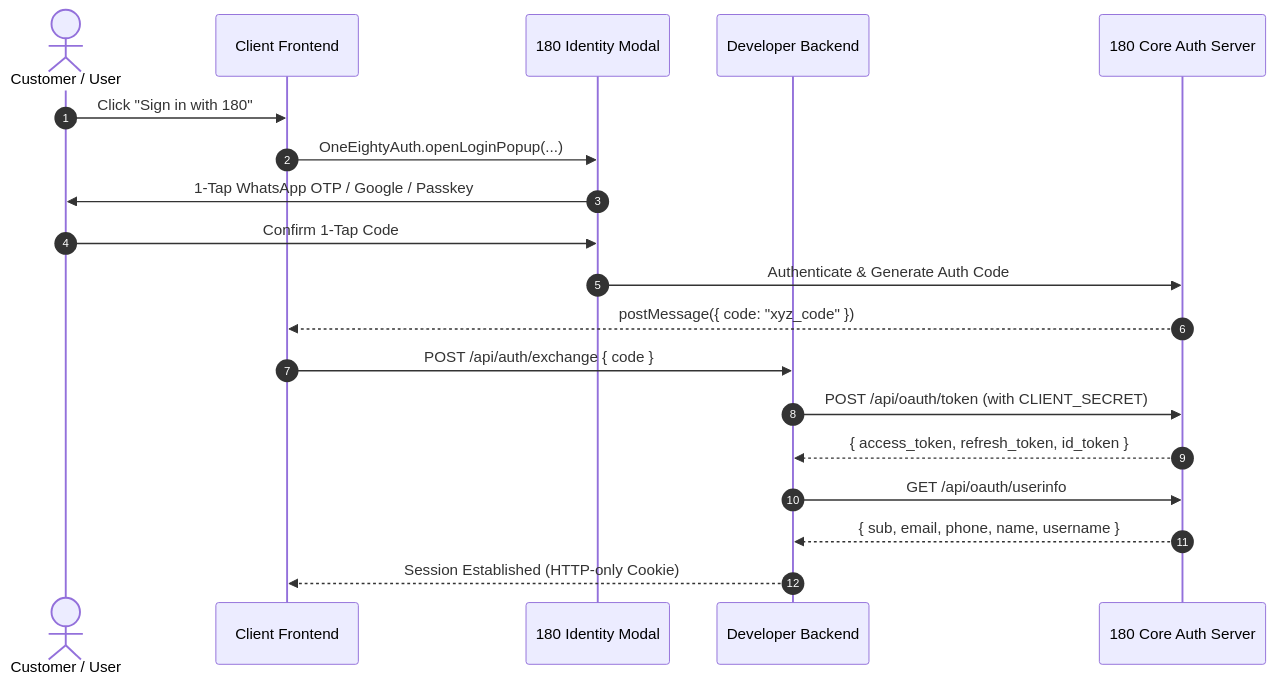
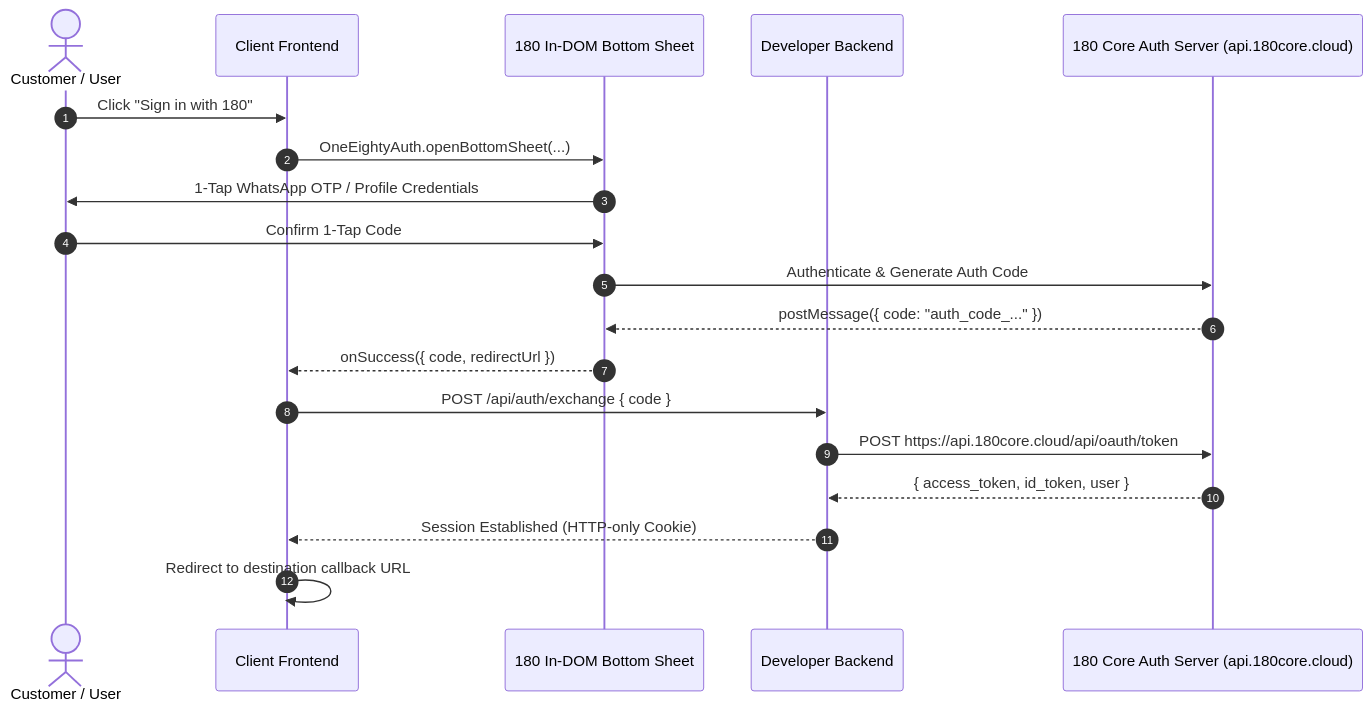
The diagram in apps/docs/docs/products/180-core/180-identity/01-getting-started.md (simplicion/180Public-Sites), drawn with Mermaid before and after one commit. The commit also changed other lines of this file and 41 other files, not shown here.

````diff
--- a/apps/docs/docs/products/180-core/180-identity/01-getting-started.md
+++ b/apps/docs/docs/products/180-core/180-identity/01-getting-started.md
@@ -13,22 +13,22 @@
 ```mermaid
 sequenceDiagram
     autonumber
     actor User as Customer / User
     participant App as Client Frontend
-    participant Modal as 180 Identity Modal
+    participant Sheet as 180 In-DOM Bottom Sheet
     participant Backend as Developer Backend
-    participant Identity as 180 Core Auth Server
+    participant Identity as 180 Core Auth Server (api.180core.cloud)
 
     User->>App: Click "Sign in with 180"
-    App->>Modal: OneEightyAuth.openLoginPopup(...)
-    Modal->>User: 1-Tap WhatsApp OTP / Google / Passkey
-    User->>Modal: Confirm 1-Tap Code
-    Modal->>Identity: Authenticate & Generate Auth Code
-    Identity-->>App: postMessage({ code: "xyz_code" })
+    App->>Sheet: OneEightyAuth.openBottomSheet(...)
+    Sheet->>User: 1-Tap WhatsApp OTP / Profile Credentials
+    User->>Sheet: Confirm 1-Tap Code
+    Sheet->>Identity: Authenticate & Generate Auth Code
+    Identity-->>Sheet: postMessage({ code: "auth_code_..." })
+    Sheet-->>App: onSuccess({ code, redirectUrl })
     App->>Backend: POST /api/auth/exchange { code }
-    Backend->>Identity: POST /api/oauth/token (with CLIENT_SECRET)
-    Identity-->>Backend: { access_token, refresh_token, id_token }
-    Backend->>Identity: GET /api/oauth/userinfo
-    Identity-->>Backend: { sub, email, phone, name, username }
+    Backend->>Identity: POST https://api.180core.cloud/api/oauth/token
+    Identity-->>Backend: { access_token, id_token, user }
     Backend-->>App: Session Established (HTTP-only Cookie)
+    App->>App: Redirect to destination callback URL
 ```
````
